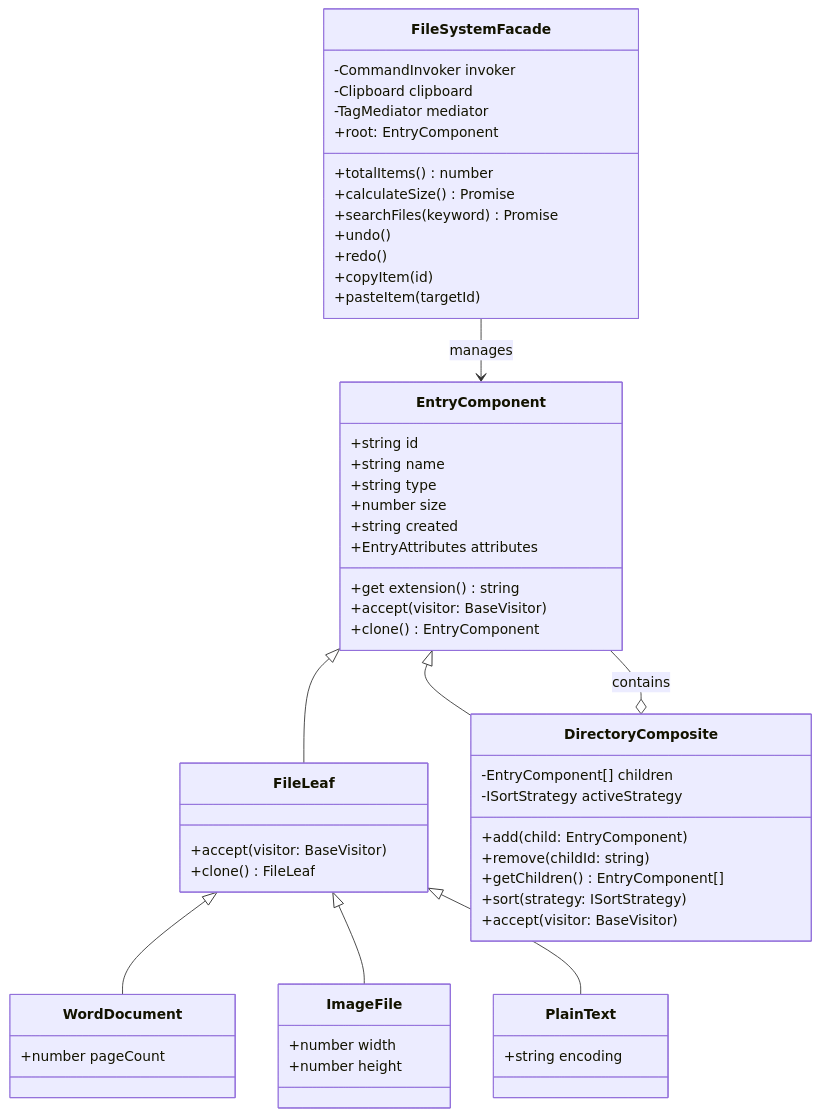
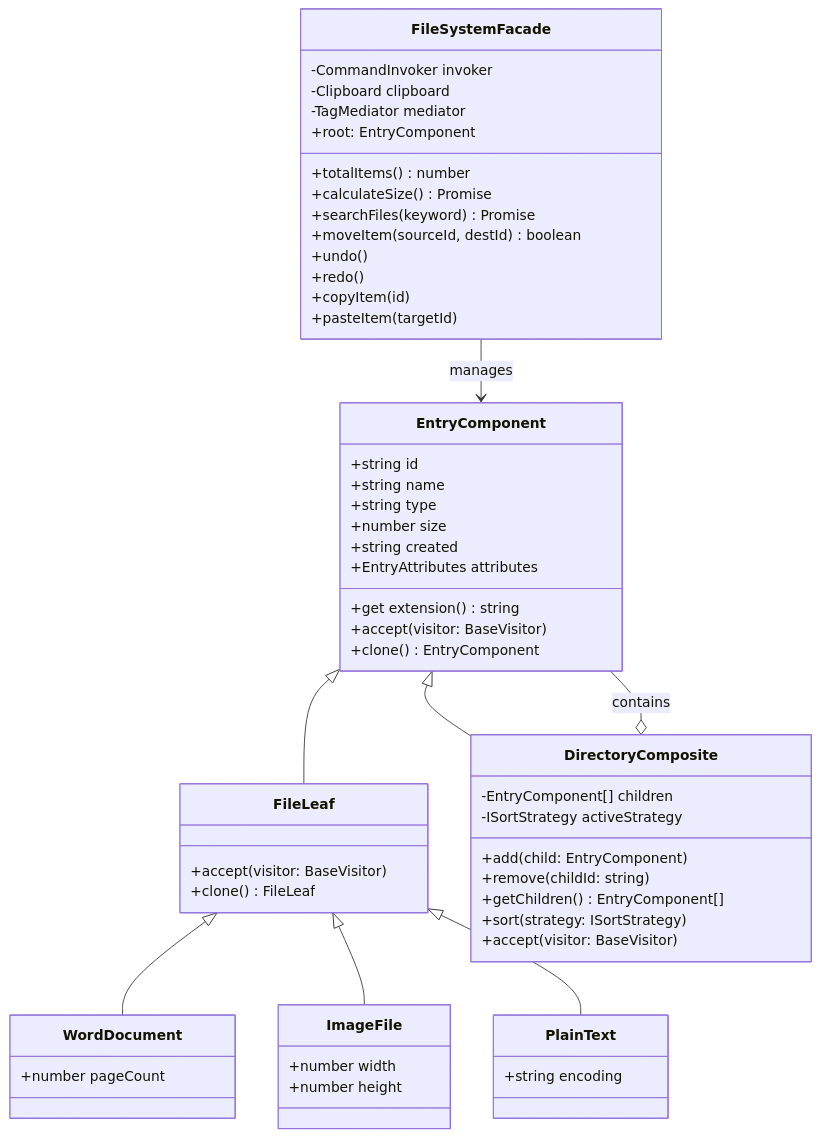
The second of 8 diagrams in spec.md (yestaro/design-patterns), drawn with Mermaid before and after one commit. The commit also changed other lines of this file and 25 other files, not shown here.

````diff
--- a/spec.md
+++ b/spec.md
@@ -28,67 +28,68 @@
 ```mermaid
 classDiagram
     %% Component & Composite
     class EntryComponent {
         +string id
         +string name
         +string type
         +number size
         +string created
         +EntryAttributes attributes
         +get extension() string
         +accept(visitor: BaseVisitor)
         +clone() EntryComponent
     }
   
     class FileLeaf {
         +accept(visitor: BaseVisitor)
         +clone() FileLeaf
     }
   
     class DirectoryComposite {
         -EntryComponent[] children
         -ISortStrategy activeStrategy
         +add(child: EntryComponent)
         +remove(childId: string)
         +getChildren() EntryComponent[]
         +sort(strategy: ISortStrategy)
         +accept(visitor: BaseVisitor)
     }
   
     %% Concrete Files
     class WordDocument {
         +number pageCount
     }
     class ImageFile {
         +number width
         +number height
     }
     class PlainText {
         +string encoding
     }
 
     %% Relationships
     EntryComponent <|-- FileLeaf
     EntryComponent <|-- DirectoryComposite
     FileLeaf <|-- WordDocument
     FileLeaf <|-- ImageFile
     FileLeaf <|-- PlainText
     DirectoryComposite o-- EntryComponent : contains
 
     %% Facade
     class FileSystemFacade {
         -CommandInvoker invoker
         -Clipboard clipboard
         -TagMediator mediator
         +root: EntryComponent
         +totalItems() number
         +calculateSize() Promise
         +searchFiles(keyword) Promise
+        +moveItem(sourceId, destId) boolean
         +undo()
         +redo()
         +copyItem(id)
         +pasteItem(targetId) 
     }
   
     FileSystemFacade --> EntryComponent : manages
 ```
````
